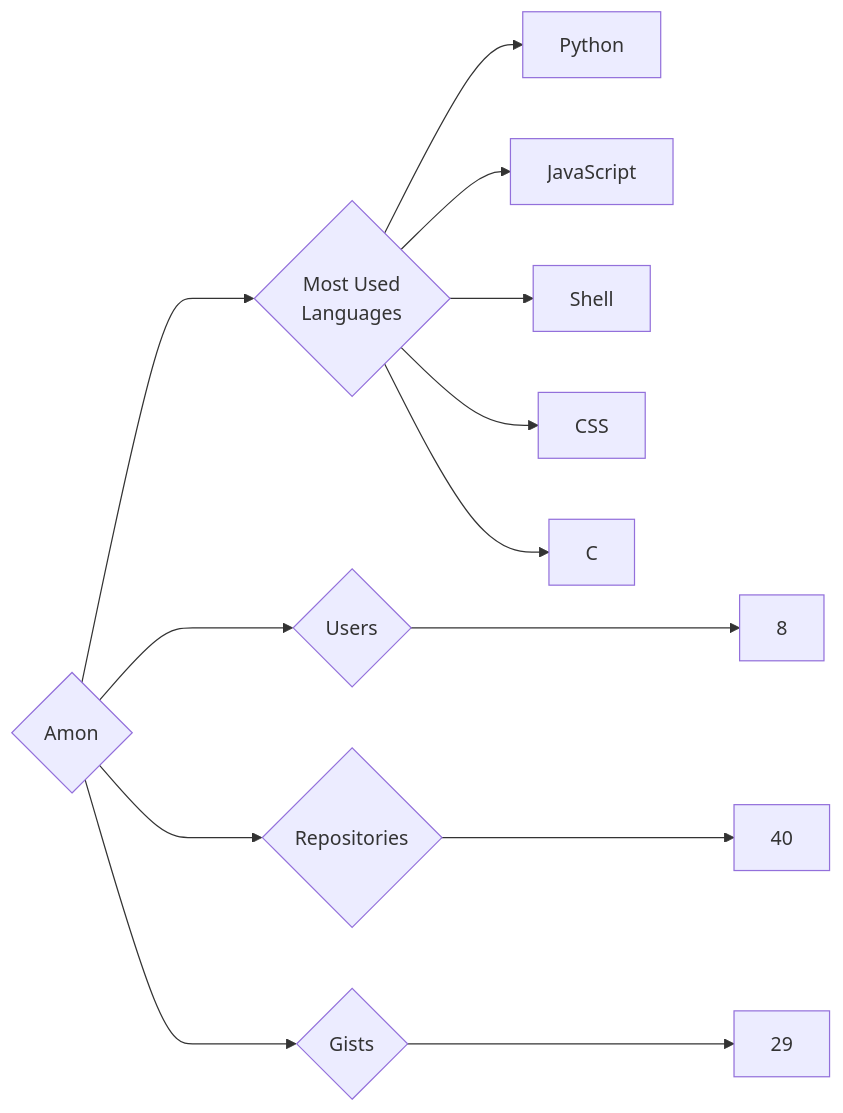
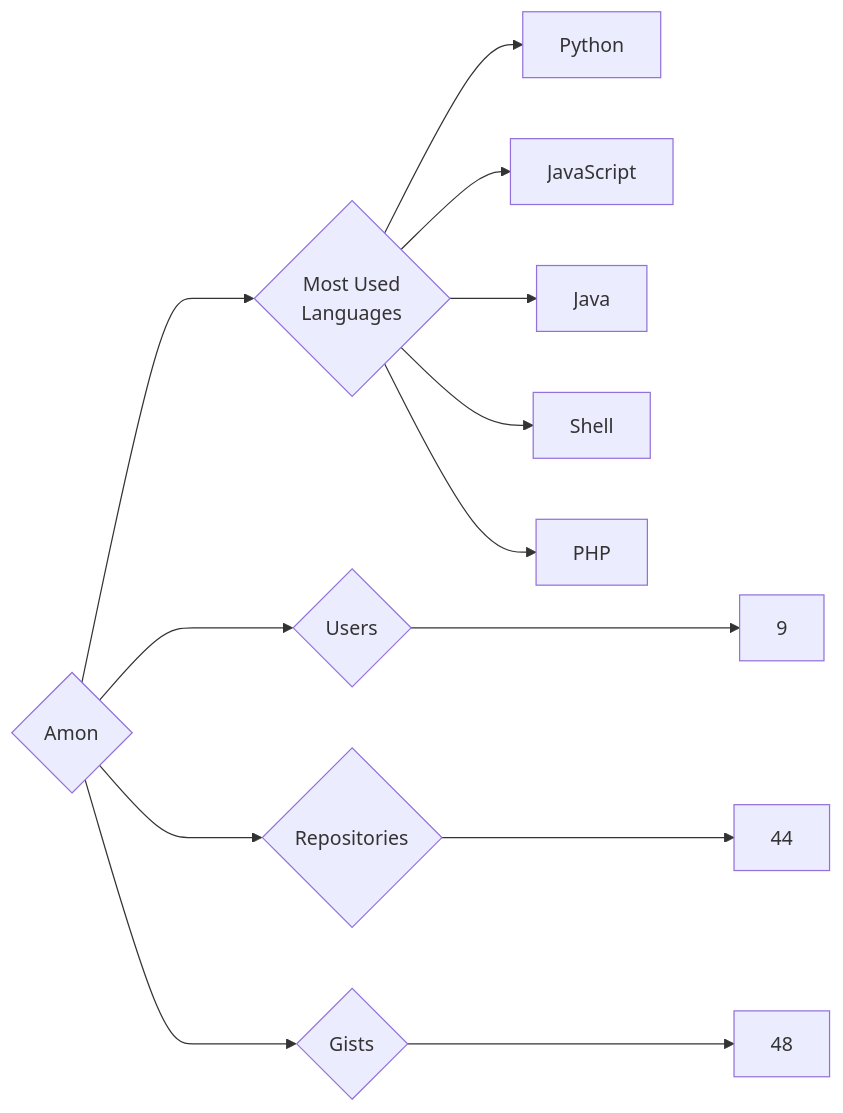
The diagram in targets/Amon/README.md (trickest/insiders), drawn with Mermaid before and after one commit. The commit also changed 964 other files, not shown here.

````diff
--- a/targets/Amon/README.md
+++ b/targets/Amon/README.md
@@ -3,13 +3,13 @@
 ```mermaid
 graph LR
 COMPANY_NAME{Amon}
-COMPANY_NAME ---> U{Users} ---> UN[8]
-COMPANY_NAME ---> R{Repositories} ---> RN[40]
-COMPANY_NAME ---> G{Gists} ---> GN[29]
+COMPANY_NAME ---> U{Users} ---> UN[9]
+COMPANY_NAME ---> R{Repositories} ---> RN[44]
+COMPANY_NAME ---> G{Gists} ---> GN[48]
 COMPANY_NAME ---> ML{Most Used<br>Languages}
 ML --> Python[Python]
 ML --> JavaScript[JavaScript]
+ML --> Java[Java]
 ML --> Shell[Shell]
-ML --> CSS[CSS]
-ML --> C[C]
+ML --> PHP[PHP]
 ```
````
